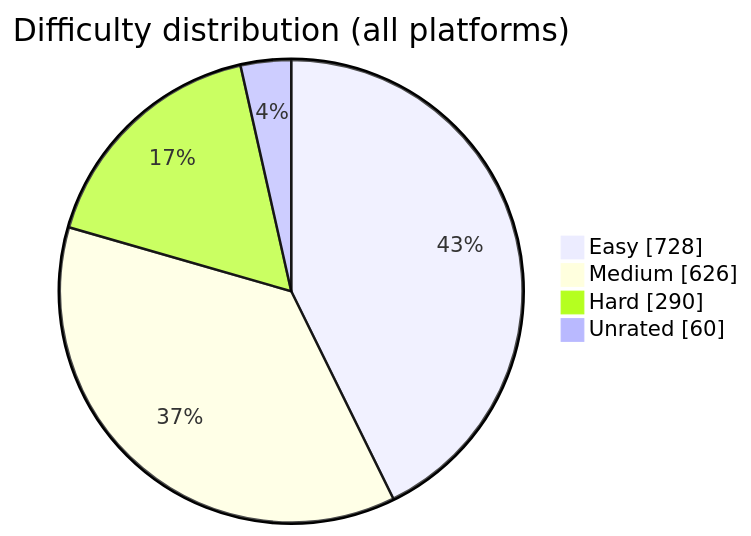
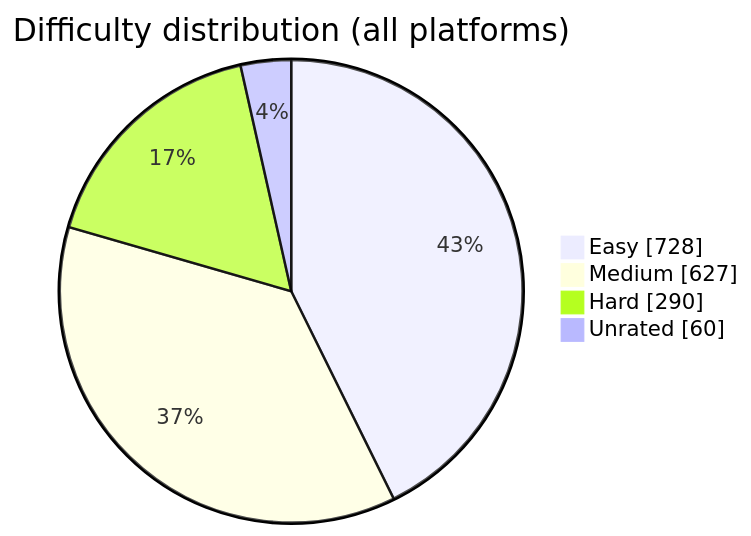
One commit to BuildbyArindam/Daily-Coding-Log changed the diagram in README.md. Above: the diagram before and after it, drawn with Mermaid. The commit also changed other lines of this file, not shown here.

````diff
--- a/README.md
+++ b/README.md
@@ -93,7 +93,7 @@
 ```mermaid
 pie showData title Difficulty distribution (all platforms)
     "Easy" : 728
-    "Medium" : 626
+    "Medium" : 627
     "Hard" : 290
     "Unrated" : 60
 ```
````
